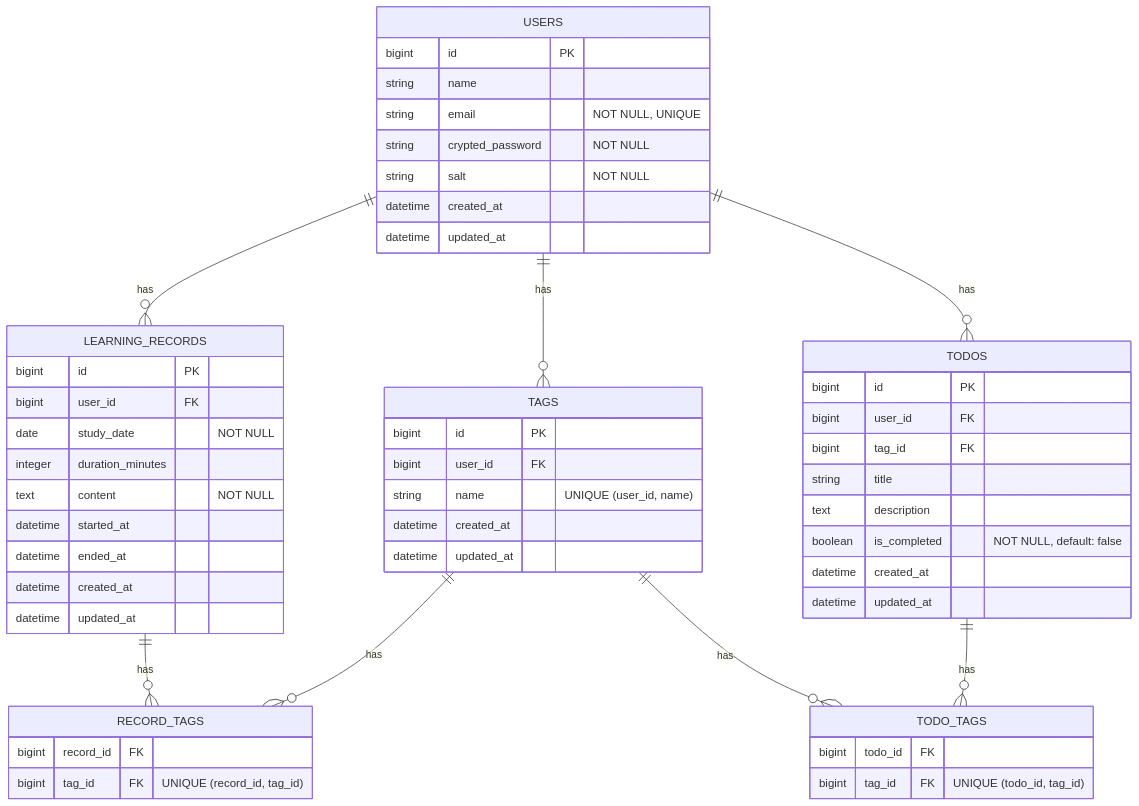
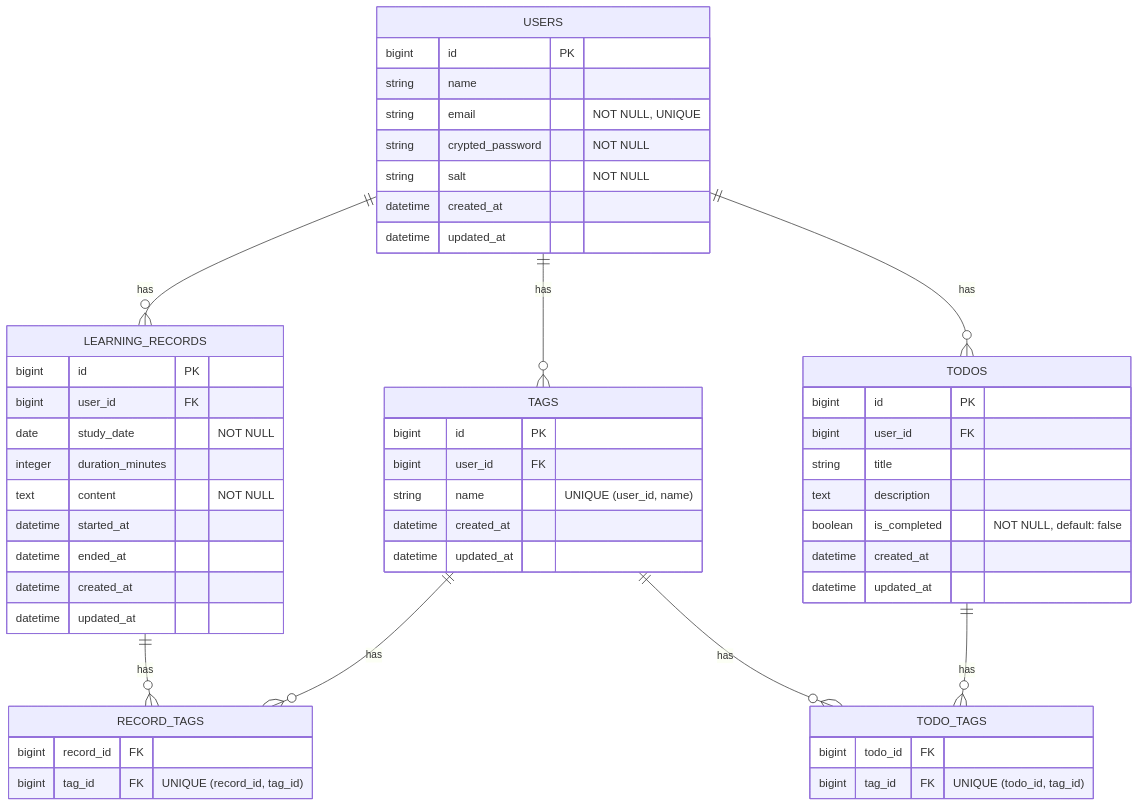
The diagram in docs/er_diagram.md (QynToKey/HowLongWillItLast), drawn with Mermaid before and after one commit. The commit also changed other lines of this file, not shown here.

Commit message:
docs: update: er_diagram

````diff
--- a/docs/er_diagram.md
+++ b/docs/er_diagram.md
@@ -102,64 +102,63 @@
 ```mermaid
 erDiagram
 
     USERS {
         bigint id PK
         string name
         string email "NOT NULL, UNIQUE"
         string crypted_password "NOT NULL"
         string salt "NOT NULL"
         datetime created_at
         datetime updated_at
     }
 
     LEARNING_RECORDS {
         bigint id PK
         bigint user_id FK
         date study_date "NOT NULL"
         integer duration_minutes
         text content "NOT NULL"
         datetime started_at
         datetime ended_at
         datetime created_at
         datetime updated_at
     }
 
     TAGS {
         bigint id PK
         bigint user_id FK
         string name "UNIQUE (user_id, name)"
         datetime created_at
         datetime updated_at
     }
 
     TODOS {
         bigint id PK
         bigint user_id FK
-        bigint tag_id FK
         string title
         text description
         boolean is_completed "NOT NULL, default: false"
         datetime created_at
         datetime updated_at
     }
 
     RECORD_TAGS {
         bigint record_id FK
         bigint tag_id FK "UNIQUE (record_id, tag_id)"
     }
 
     TODO_TAGS {
       bigint todo_id FK
       bigint tag_id FK "UNIQUE (todo_id, tag_id)"
     }
 
     USERS ||--o{ LEARNING_RECORDS : has
     USERS ||--o{ TAGS : has
     USERS ||--o{ TODOS : has
 
     LEARNING_RECORDS ||--o{ RECORD_TAGS : has
     TAGS ||--o{ RECORD_TAGS : has
 
     TODOS ||--o{ TODO_TAGS : has
     TAGS ||--o{ TODO_TAGS : has
 ```
````
